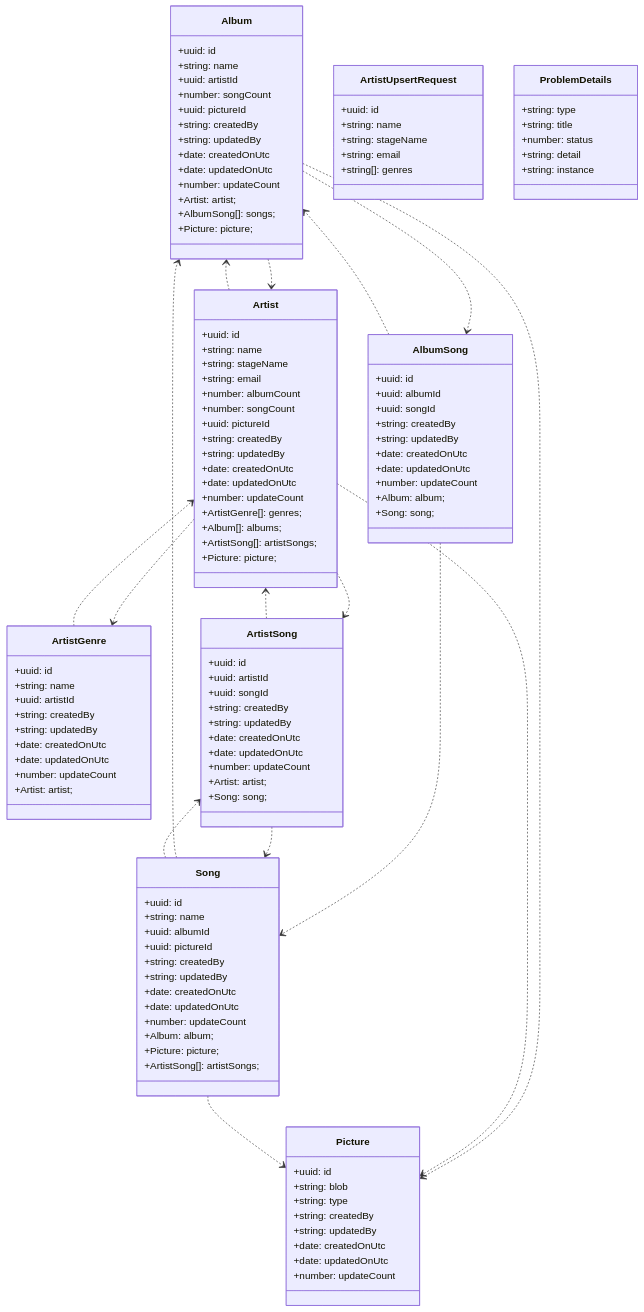
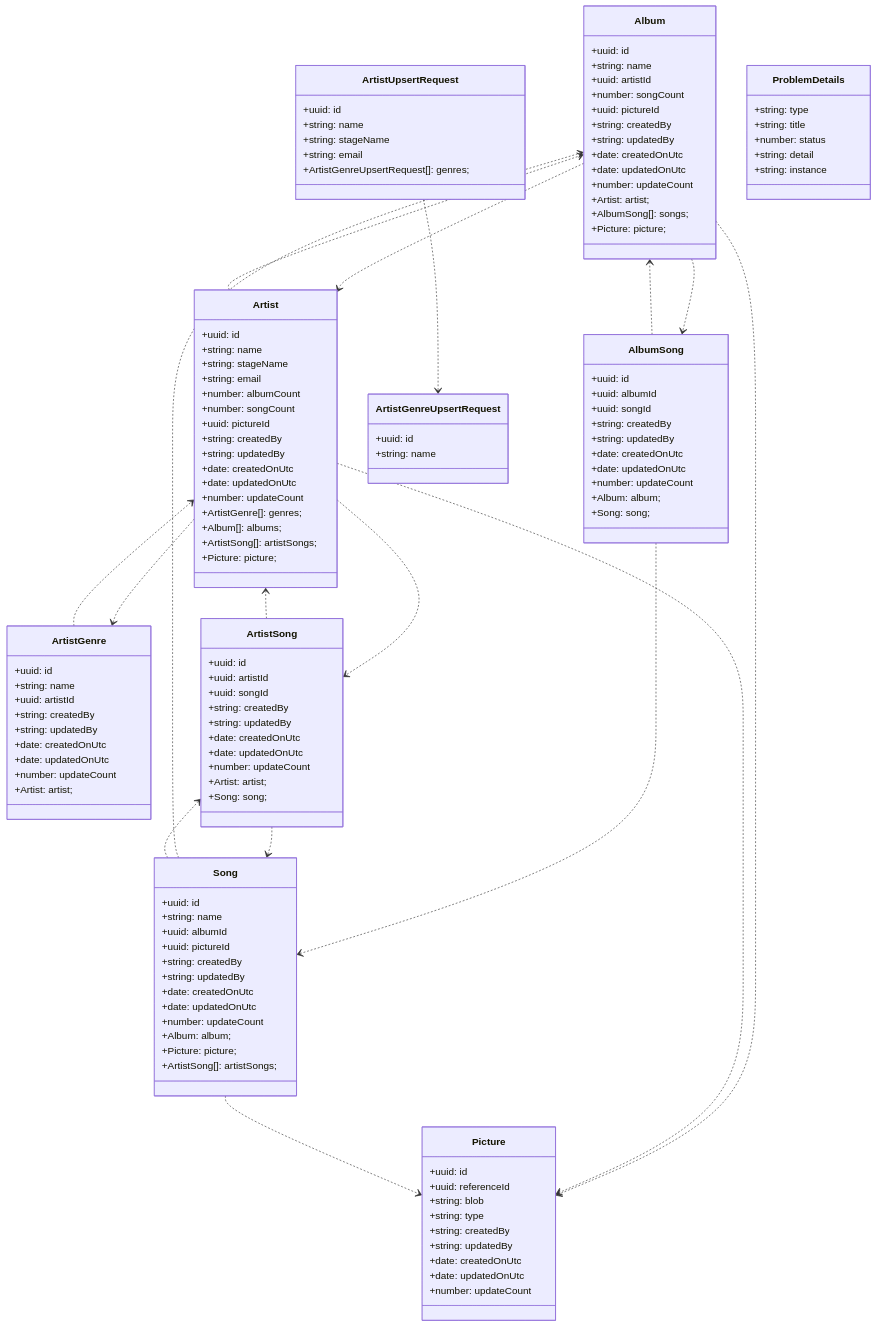
Before and after one commit to ikemtz/ITEC5905: the diagram in docs/artists-webapi/class-diagram.md, drawn with Mermaid. The commit also changed 118 other files, not shown here.

```diff
--- a/docs/artists-webapi/class-diagram.md
+++ b/docs/artists-webapi/class-diagram.md
@@ -13,6 +13,7 @@
   ArtistGenre ..> Artist
   ArtistSong ..> Artist
   ArtistSong ..> Song
+  ArtistUpsertRequest ..> ArtistGenreUpsertRequest
   Song ..> Album
   Song ..> Picture
   Song ..> ArtistSong
@@ -73,6 +74,10 @@
     +number: updateCount
     +Artist: artist;
   }
+  class ArtistGenreUpsertRequest{
+    +uuid: id
+    +string: name
+  }
   class ArtistSong{
     +uuid: id
     +uuid: artistId
@@ -90,10 +95,11 @@
     +string: name
     +string: stageName
     +string: email
-    +string[]: genres
+    +ArtistGenreUpsertRequest[]: genres;
   }
   class Picture{
     +uuid: id
+    +uuid: referenceId
     +string: blob
     +string: type
     +string: createdBy
```
